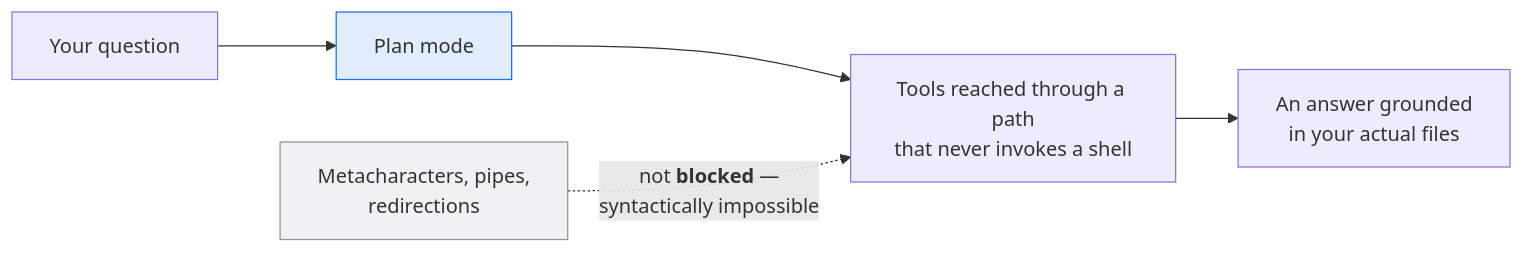
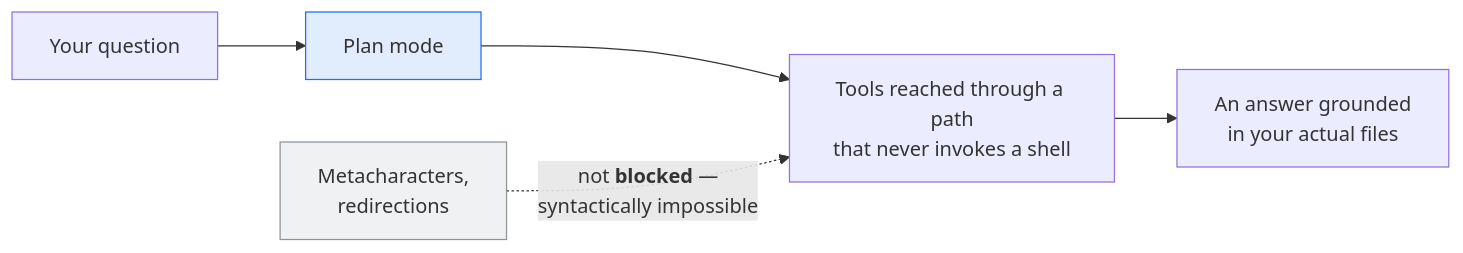
Before and after one commit to madkoding/motita: the fourth of 7 diagrams in docs/GUIDE.md, drawn with Mermaid. The commit also changed other lines of this file and 17 other files, not shown here.

````diff
--- a/docs/GUIDE.md
+++ b/docs/GUIDE.md
@@ -1058,11 +1058,11 @@
 ```mermaid
 flowchart LR
     Q["Your question"] --> P["Plan mode"]
     P --> TL["Tools reached through a path<br/>that never invokes a shell"]
     TL --> ANS["An answer grounded<br/>in your actual files"]
 
-    M["Metacharacters, pipes,<br/>redirections"] -.->|"not <b>blocked</b> —<br/>syntactically impossible"| TL
+    M["Metacharacters,<br/>redirections"] -.->|"not <b>blocked</b> —<br/>syntactically impossible"| TL
 
     style P fill:#1f6feb22,stroke:#1f6feb
     style M fill:#8b949e22,stroke:#8b949e
 ```
````
